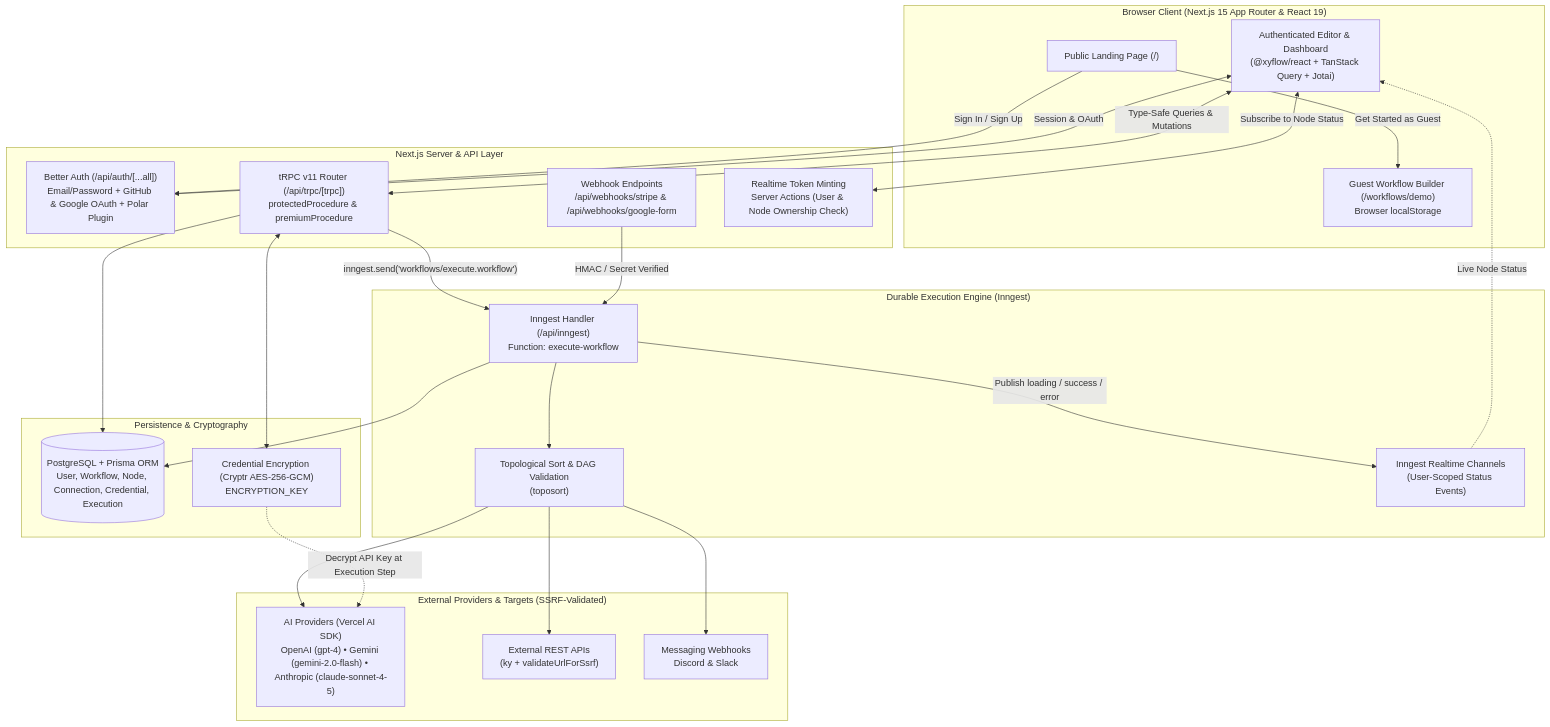
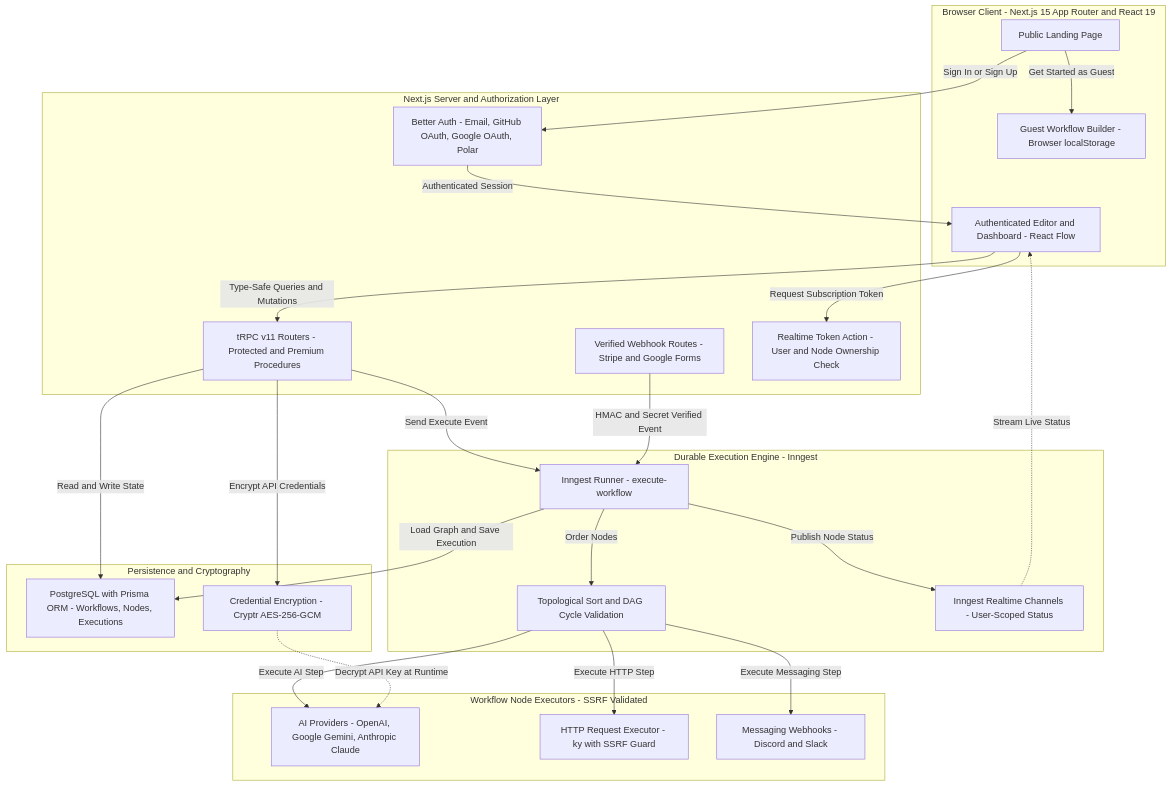
One commit to Nikhil-VS1811/nodebase-ai-workflow-builder changed the diagram in README.md. Above: the diagram before and after it, drawn with Mermaid.

Commit message:
docs: fix README Mermaid architecture diagram

````diff
--- a/README.md
+++ b/README.md
@@ -139,50 +139,50 @@
 ```mermaid
 flowchart TD
-    subgraph Client["Browser Client (Next.js 15 App Router & React 19)"]
-        Landing["Public Landing Page (/)"]
-        GuestCanvas["Guest Workflow Builder (/workflows/demo)<br/>Browser localStorage"]
-        AuthCanvas["Authenticated Editor & Dashboard<br/>(@xyflow/react + TanStack Query + Jotai)"]
+    subgraph Client["Browser Client - Next.js 15 App Router and React 19"]
+        Landing["Public Landing Page"]
+        GuestCanvas["Guest Workflow Builder - Browser localStorage"]
+        AuthCanvas["Authenticated Editor and Dashboard - React Flow"]
     end
 
-    subgraph Server["Next.js Server & API Layer"]
-        AuthAPI["Better Auth (/api/auth/[...all])<br/>Email/Password + GitHub & Google OAuth + Polar Plugin"]
-        TRPC["tRPC v11 Router (/api/trpc/[trpc])<br/>protectedProcedure & premiumProcedure"]
-        Webhooks["Webhook Endpoints<br/>/api/webhooks/stripe & /api/webhooks/google-form"]
-        RealtimeAuth["Realtime Token Minting<br/>Server Actions (User & Node Ownership Check)"]
+    subgraph Server["Next.js Server and Authorization Layer"]
+        AuthAPI["Better Auth - Email, GitHub OAuth, Google OAuth, Polar"]
+        TRPC["tRPC v11 Routers - Protected and Premium Procedures"]
+        Webhooks["Verified Webhook Routes - Stripe and Google Forms"]
+        RealtimeAuth["Realtime Token Action - User and Node Ownership Check"]
     end
 
-    subgraph Data["Persistence & Cryptography"]
-        Prisma[("PostgreSQL + Prisma ORM<br/>User, Workflow, Node, Connection, Credential, Execution")]
-        Crypto["Credential Encryption (Cryptr AES-256-GCM)<br/>ENCRYPTION_KEY"]
+    subgraph Data["Persistence and Cryptography"]
+        Prisma["PostgreSQL with Prisma ORM - Workflows, Nodes, Executions"]
+        Crypto["Credential Encryption - Cryptr AES-256-GCM"]
     end
 
-    subgraph Orchestration["Durable Execution Engine (Inngest)"]
-        InngestRoute["Inngest Handler (/api/inngest)<br/>Function: execute-workflow"]
-        TopoSort["Topological Sort & DAG Validation<br/>(toposort)"]
-        RealtimePub["Inngest Realtime Channels<br/>(User-Scoped Status Events)"]
+    subgraph Orchestration["Durable Execution Engine - Inngest"]
+        InngestRoute["Inngest Runner - execute-workflow"]
+        TopoSort["Topological Sort and DAG Cycle Validation"]
+        RealtimePub["Inngest Realtime Channels - User-Scoped Status"]
     end
 
-    subgraph Integrations["External Providers & Targets (SSRF-Validated)"]
-        AI["AI Providers (Vercel AI SDK)<br/>OpenAI (gpt-4) • Gemini (gemini-2.0-flash) • Anthropic (claude-sonnet-4-5)"]
-        HTTP["External REST APIs<br/>(ky + validateUrlForSsrf)"]
-        Chat["Messaging Webhooks<br/>Discord & Slack"]
+    subgraph Integrations["Workflow Node Executors - SSRF Validated"]
+        AI["AI Providers - OpenAI, Google Gemini, Anthropic Claude"]
+        HTTP["HTTP Request Executor - ky with SSRF Guard"]
+        Chat["Messaging Webhooks - Discord and Slack"]
     end
 
     Landing -->|"Get Started as Guest"| GuestCanvas
-    Landing -->|"Sign In / Sign Up"| AuthAPI
-    AuthCanvas <-->|"Session & OAuth"| AuthAPI
-    AuthCanvas <-->|"Type-Safe Queries & Mutations"| TRPC
-    AuthCanvas <-->|"Subscribe to Node Status"| RealtimeAuth
-    TRPC --> Prisma
-    TRPC <--> Crypto
-    TRPC -->|"inngest.send('workflows/execute.workflow')"| InngestRoute
-    Webhooks -->|"HMAC / Secret Verified"| InngestRoute
-    InngestRoute --> Prisma
-    InngestRoute --> TopoSort
-    TopoSort --> AI
-    TopoSort --> HTTP
-    TopoSort --> Chat
-    Crypto -.->|"Decrypt API Key at Execution Step"| AI
-    InngestRoute -->|"Publish loading / success / error"| RealtimePub
-    RealtimePub -.->|"Live Node Status"| AuthCanvas
+    Landing -->|"Sign In or Sign Up"| AuthAPI
+    AuthAPI -->|"Authenticated Session"| AuthCanvas
+    AuthCanvas -->|"Type-Safe Queries and Mutations"| TRPC
+    AuthCanvas -->|"Request Subscription Token"| RealtimeAuth
+    TRPC -->|"Read and Write State"| Prisma
+    TRPC -->|"Encrypt API Credentials"| Crypto
+    TRPC -->|"Send Execute Event"| InngestRoute
+    Webhooks -->|"HMAC and Secret Verified Event"| InngestRoute
+    InngestRoute -->|"Load Graph and Save Execution"| Prisma
+    InngestRoute -->|"Order Nodes"| TopoSort
+    TopoSort -->|"Execute AI Step"| AI
+    TopoSort -->|"Execute HTTP Step"| HTTP
+    TopoSort -->|"Execute Messaging Step"| Chat
+    Crypto -.->|"Decrypt API Key at Runtime"| AI
+    InngestRoute -->|"Publish Node Status"| RealtimePub
+    RealtimePub -.->|"Stream Live Status"| AuthCanvas
 ```
````
